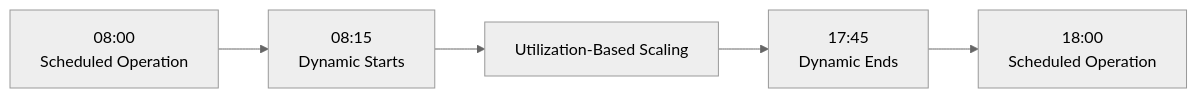
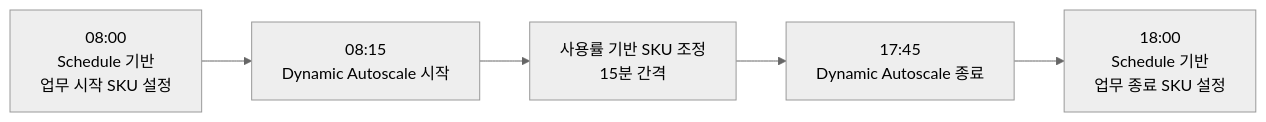
Before and after one commit to min-ser/fabric-capacity-autoscaling-patterns: the second of 5 diagrams in Fabric Eventhub Dynamic Autoscale/README.ko.md, drawn with Mermaid (neutral theme). The commit also changed other lines of this file, not shown here.

First line of the commit message:
feat: refactor Fabric Capacity Dynamic Autoscaler into configurable policy controller

````diff
--- a/Fabric Eventhub Dynamic Autoscale/README.ko.md
+++ b/Fabric Eventhub Dynamic Autoscale/README.ko.md
@@ -295,10 +46,7 @@
 ```mermaid
 flowchart LR
-    A["08:00<br/>Scheduled Operation"]
-    B["08:15<br/>Dynamic Starts"]
-    C["Utilization-Based Scaling"]
-    D["17:45<br/>Dynamic Ends"]
-    E["18:00<br/>Scheduled Operation"]
-
-    A --> B --> C --> D --> E
+    A["08:00<br/>Schedule 기반<br/>업무 시작 SKU 설정"] --> B["08:15<br/>Dynamic Autoscale 시작"]
+    B --> C["사용률 기반 SKU 조정<br/>15분 간격"]
+    C --> D["17:45<br/>Dynamic Autoscale 종료"]
+    D --> E["18:00<br/>Schedule 기반<br/>업무 종료 SKU 설정"]
 ```
````
